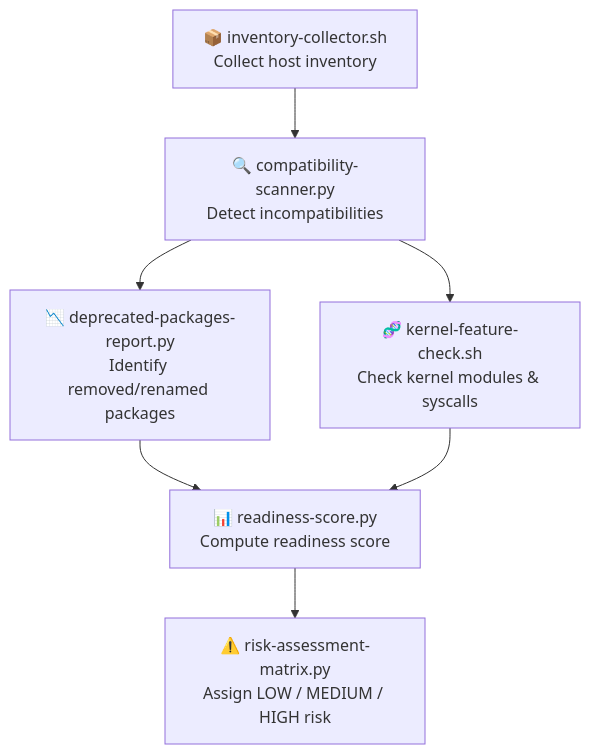
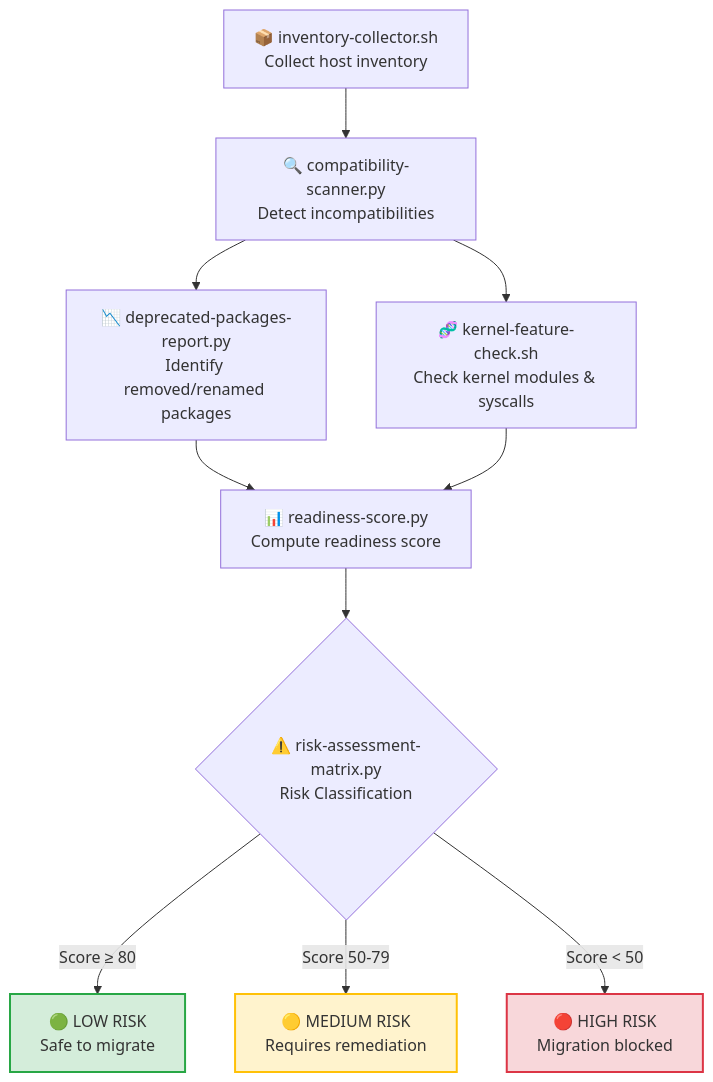
The first of 2 diagrams in capacity-management/incident-response/rhel8-migration/pre-migration-assessment/README.md (Suren-Jewels/Scripts-Toolkit), drawn with Mermaid before and after one commit. The commit also changed other lines of this file, not shown here.

````diff
--- a/capacity-management/incident-response/rhel8-migration/pre-migration-assessment/README.md
+++ b/capacity-management/incident-response/rhel8-migration/pre-migration-assessment/README.md
@@ -24,14 +23,20 @@
 ```mermaid
 flowchart TD
-
     A[📦 inventory-collector.sh<br/>Collect host inventory] --> B[🔍 compatibility-scanner.py<br/>Detect incompatibilities]
-
+    
     B --> C[📉 deprecated-packages-report.py<br/>Identify removed/renamed packages]
-
     B --> D[🧬 kernel-feature-check.sh<br/>Check kernel modules & syscalls]
-
+    
     C --> E[📊 readiness-score.py<br/>Compute readiness score]
     D --> E
-
-    E --> F[⚠️ risk-assessment-matrix.py<br/>Assign LOW / MEDIUM / HIGH risk]
+    
+    E --> F{⚠️ risk-assessment-matrix.py<br/>Risk Classification}
+    
+    F -->|Score ≥ 80| G[🟢 LOW RISK<br/>Safe to migrate]
+    F -->|Score 50-79| H[🟡 MEDIUM RISK<br/>Requires remediation]
+    F -->|Score < 50| I[🔴 HIGH RISK<br/>Migration blocked]
+    
+    style G fill:#d4edda,stroke:#28a745,stroke-width:2px
+    style H fill:#fff3cd,stroke:#ffc107,stroke-width:2px
+    style I fill:#f8d7da,stroke:#dc3545,stroke-width:2px
 ```
````
